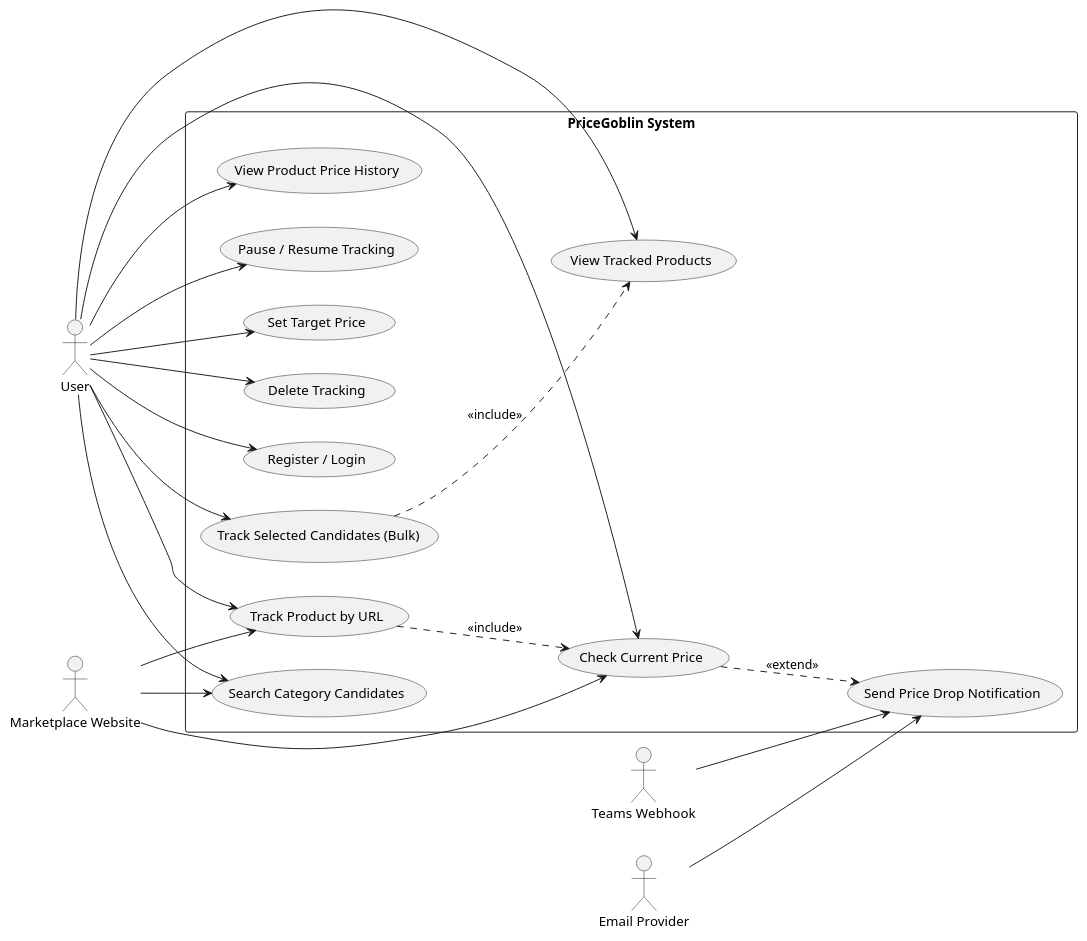
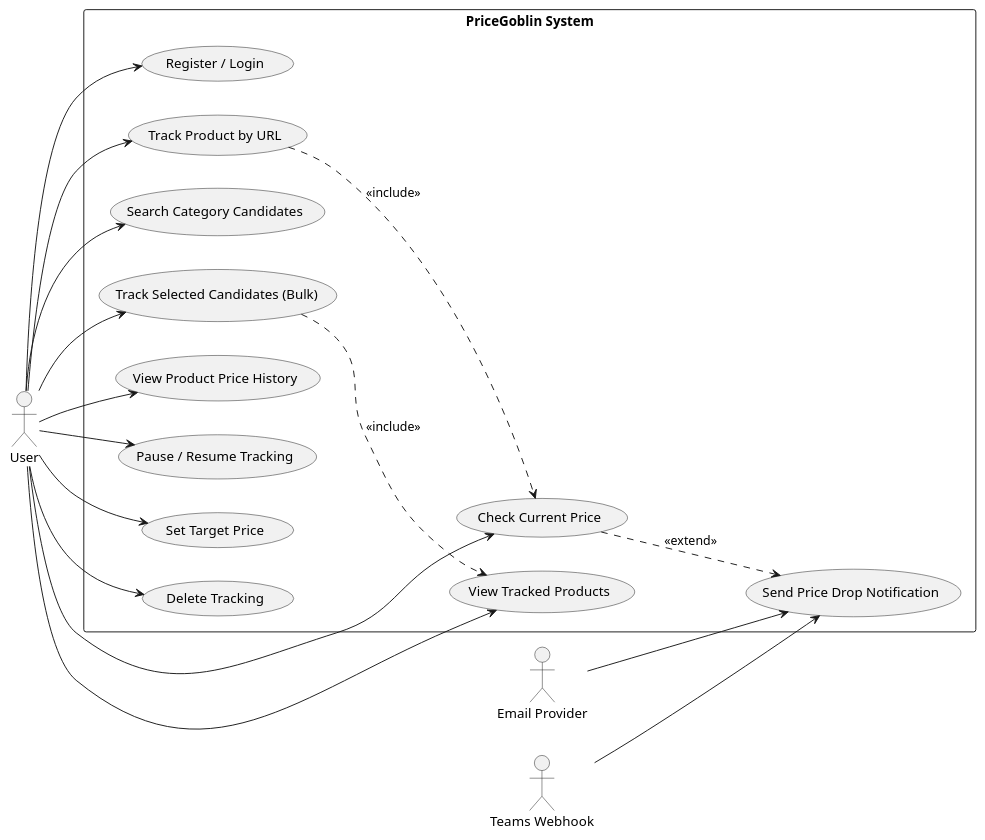
One commit to TheJokerGun/PriceGoblin changed the diagram in uml/use_case.puml. Above: the diagram before and after it, drawn with PlantUML. The commit also changed 6 other files, not shown here.

Commit message:
feat: Update database schema and UML diagrams for improved data integrity and tracking

```diff
--- a/uml/use_case.puml
+++ b/uml/use_case.puml
@@ -1,43 +1,39 @@
 @startuml UseCaseDiagram
 left to right direction
 
 actor "User" as User
-actor "Marketplace Website" as Marketplace
 actor "Email Provider" as Email
 actor "Teams Webhook" as Teams
 
 rectangle "PriceGoblin System" {
   usecase "Register / Login" as UC_Login
   usecase "Track Product by URL" as UC_TrackUrl
   usecase "Search Category Candidates" as UC_ScrapeCategory
   usecase "Track Selected Candidates (Bulk)" as UC_BulkTrack
   usecase "View Tracked Products" as UC_ViewProducts
   usecase "View Product Price History" as UC_ViewHistory
   usecase "Check Current Price" as UC_CheckPrice
   usecase "Pause / Resume Tracking" as UC_ToggleActive
   usecase "Set Target Price" as UC_SetTarget
   usecase "Delete Tracking" as UC_Delete
   usecase "Send Price Drop Notification" as UC_Notify
 }
 
 User --> UC_Login
 User --> UC_TrackUrl
 User --> UC_ScrapeCategory
 User --> UC_BulkTrack
 User --> UC_ViewProducts
 User --> UC_ViewHistory
 User --> UC_CheckPrice
 User --> UC_ToggleActive
 User --> UC_SetTarget
 User --> UC_Delete
 
 UC_TrackUrl ..> UC_CheckPrice : <<include>>
 UC_BulkTrack ..> UC_ViewProducts : <<include>>
 UC_CheckPrice ..> UC_Notify : <<extend>>
 
-Marketplace --> UC_TrackUrl
-Marketplace --> UC_ScrapeCategory
-Marketplace --> UC_CheckPrice
 Email --> UC_Notify
 Teams --> UC_Notify
 @enduml
```
